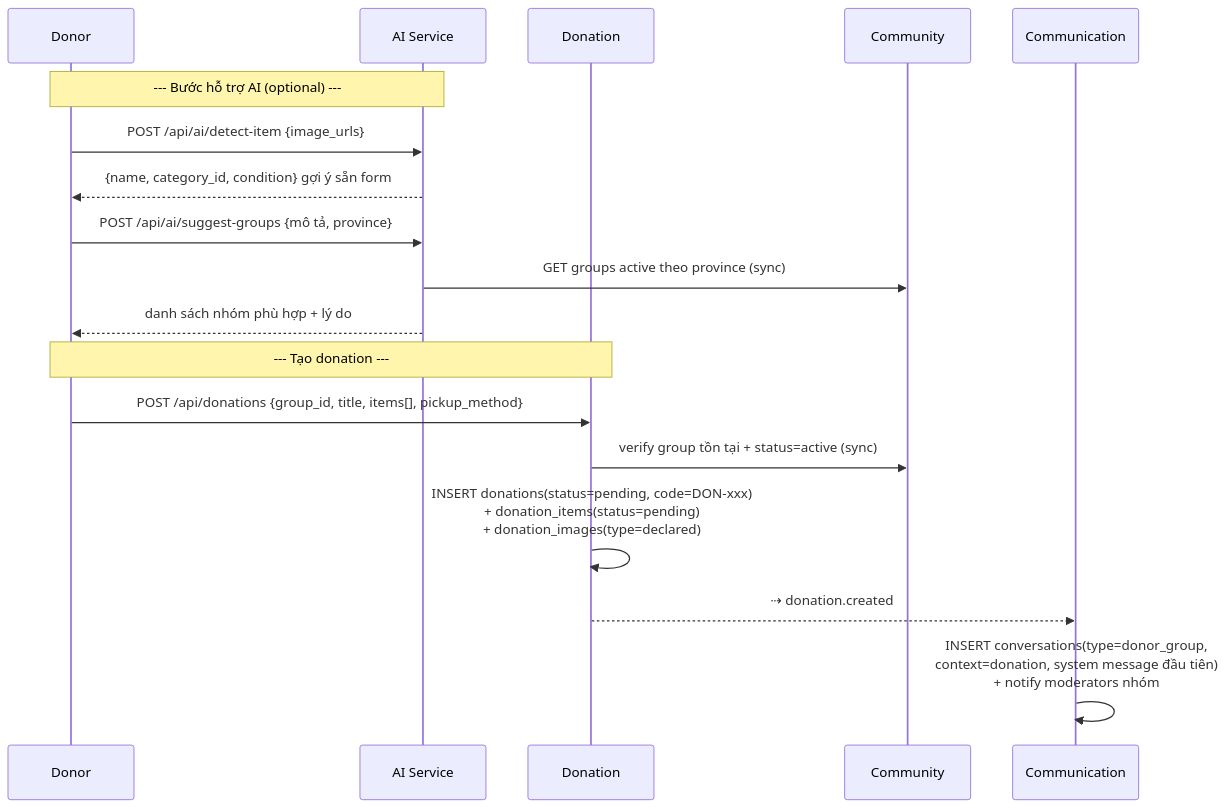
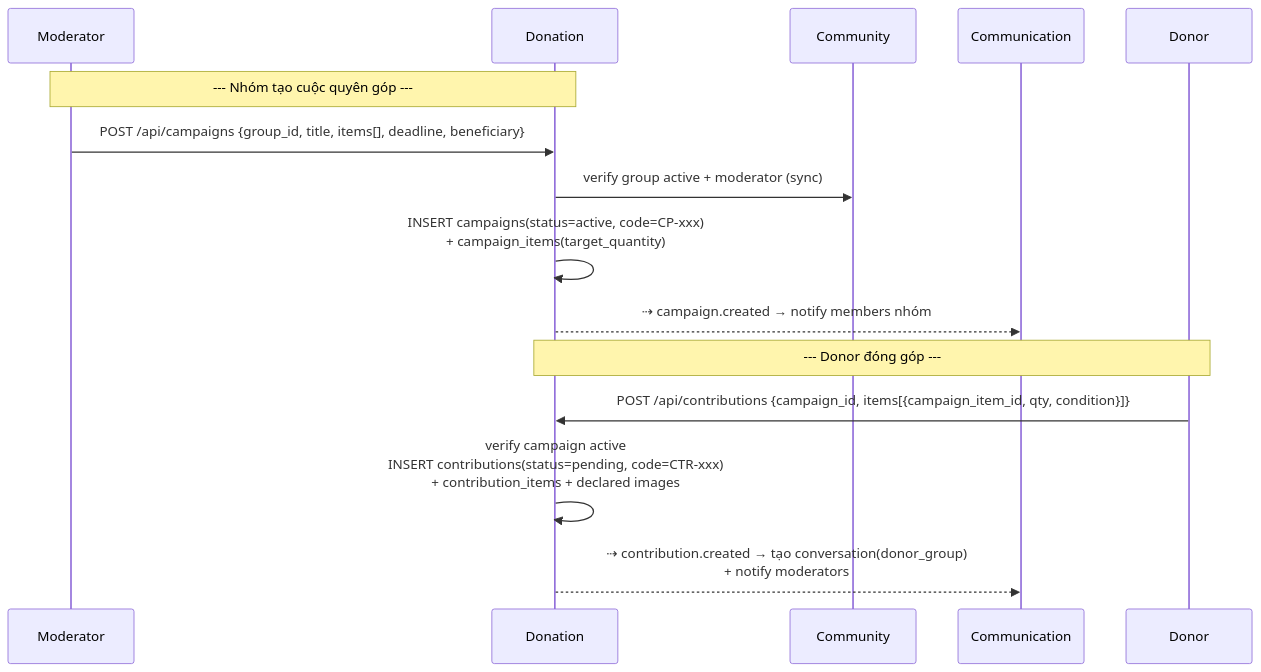
Before and after one commit to hieusoft/project4: the fourth of 14 diagrams in docs/flows.md, drawn with Mermaid. The commit also changed other lines of this file and 62 other files, not shown here.

First line of the commit message:
feat(donation-service): refactor marketplace into campaigns model

````diff
--- a/docs/flows.md
+++ b/docs/flows.md
@@ -87,20 +87,17 @@
 ```mermaid
 sequenceDiagram
-    participant D as Donor
-    participant AI as AI Service
+    participant MOD as Moderator
     participant DON as Donation
     participant CM as Community
     participant COM as Communication
-    Note over D,AI: --- Bước hỗ trợ AI (optional) ---
-    D->>AI: POST /api/ai/detect-item {image_urls}
-    AI-->>D: {name, category_id, condition} gợi ý sẵn form
-    D->>AI: POST /api/ai/suggest-groups {mô tả, province}
-    AI->>CM: GET groups active theo province (sync)
-    AI-->>D: danh sách nhóm phù hợp + lý do
-    Note over D,DON: --- Tạo donation ---
-    D->>DON: POST /api/donations {group_id, title, items[], pickup_method}
-    DON->>CM: verify group tồn tại + status=active (sync)
-    DON->>DON: INSERT donations(status=pending, code=DON-xxx)<br/>+ donation_items(status=pending)<br/>+ donation_images(type=declared)
-    DON-->>COM: ⇢ donation.created
-    COM->>COM: INSERT conversations(type=donor_group,<br/>context=donation, system message đầu tiên)<br/>+ notify moderators nhóm
+    participant D as Donor
+    Note over MOD,DON: --- Nhóm tạo cuộc quyên góp ---
+    MOD->>DON: POST /api/campaigns {group_id, title, items[], deadline, beneficiary}
+    DON->>CM: verify group active + moderator (sync)
+    DON->>DON: INSERT campaigns(status=active, code=CP-xxx)<br/>+ campaign_items(target_quantity)
+    DON-->>COM: ⇢ campaign.created → notify members nhóm
+    Note over D,DON: --- Donor đóng góp ---
+    D->>DON: POST /api/contributions {campaign_id, items[{campaign_item_id, qty, condition}]}
+    DON->>DON: verify campaign active<br/>INSERT contributions(status=pending, code=CTR-xxx)<br/>+ contribution_items + declared images
+    DON-->>COM: ⇢ contribution.created → tạo conversation(donor_group)<br/>+ notify moderators
 ```
````
